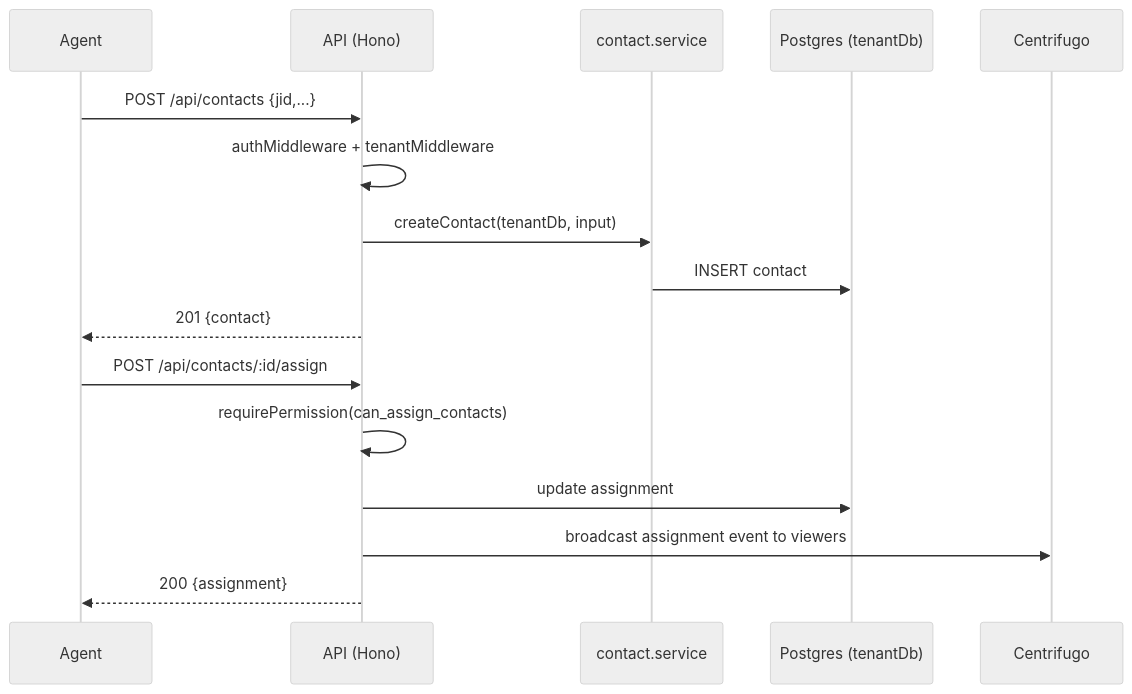
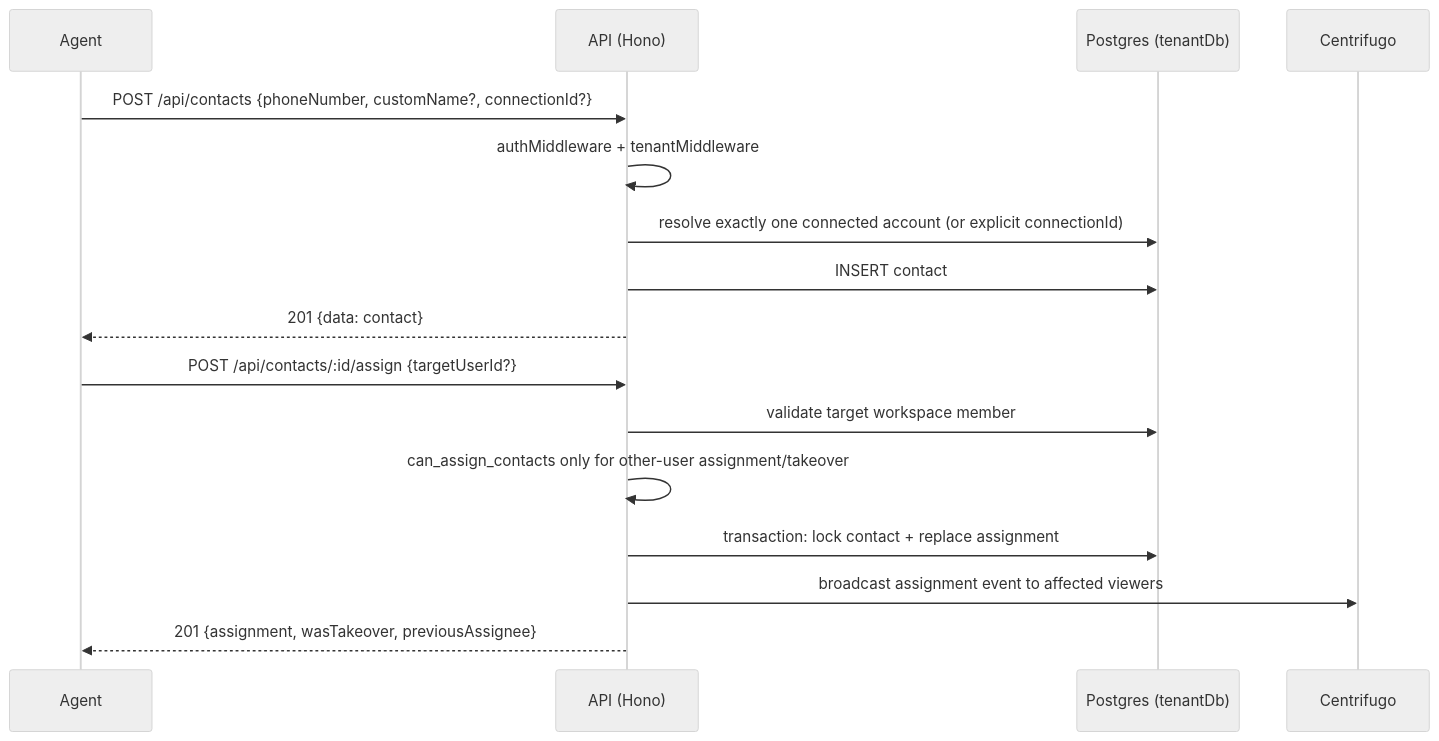
One commit to ygncode/wateaminbox changed the first of 2 diagrams in docs/apis/contacts.md. Above: the diagram before and after it, drawn with Mermaid (neutral theme). The commit also changed other lines of this file and 27 other files, not shown here.

````diff
--- a/docs/apis/contacts.md
+++ b/docs/apis/contacts.md
@@ -38,18 +38,18 @@
 ```mermaid
 sequenceDiagram
     participant U as Agent
     participant A as API (Hono)
-    participant S as contact.service
     participant D as Postgres (tenantDb)
     participant R as Centrifugo
-    U->>A: POST /api/contacts {jid,...}
+    U->>A: POST /api/contacts {phoneNumber, customName?, connectionId?}
     A->>A: authMiddleware + tenantMiddleware
-    A->>S: createContact(tenantDb, input)
-    S->>D: INSERT contact
-    A-->>U: 201 {contact}
-    U->>A: POST /api/contacts/:id/assign
-    A->>A: requirePermission(can_assign_contacts)
-    A->>D: update assignment
-    A->>R: broadcast assignment event to viewers
-    A-->>U: 200 {assignment}
+    A->>D: resolve exactly one connected account (or explicit connectionId)
+    A->>D: INSERT contact
+    A-->>U: 201 {data: contact}
+    U->>A: POST /api/contacts/:id/assign {targetUserId?}
+    A->>D: validate target workspace member
+    A->>A: can_assign_contacts only for other-user assignment/takeover
+    A->>D: transaction: lock contact + replace assignment
+    A->>R: broadcast assignment event to affected viewers
+    A-->>U: 201 {assignment, wasTakeover, previousAssignee}
 ```
````
